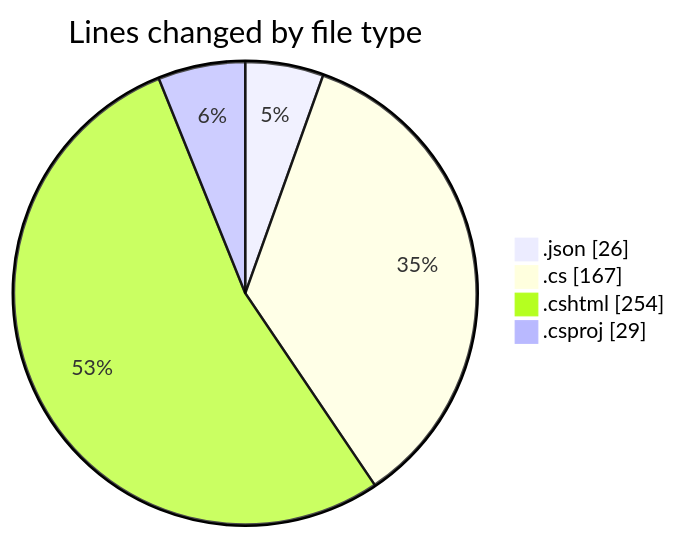
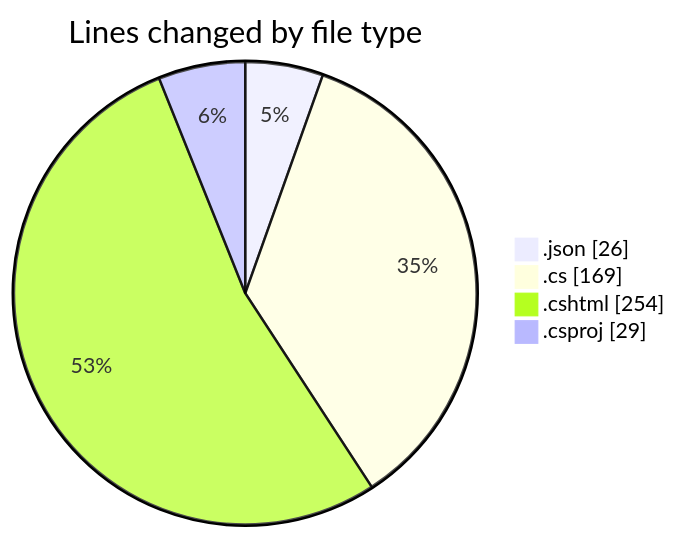
One commit to lephambinh05/code-tracking changed the first of 2 diagrams in 2025-07-19/nhahang/README.md. Above: the diagram before and after it, drawn with Mermaid. The commit also changed other lines of this file and 1 other file, not shown here.

````diff
--- a/2025-07-19/nhahang/README.md
+++ b/2025-07-19/nhahang/README.md
@@ -30,8 +30,8 @@
 ```mermaid
 pie showData
 title Lines changed by file type
 ".json" : 26
-".cs" : 167
+".cs" : 169
 ".cshtml" : 254
 ".csproj" : 29
 ```
````
